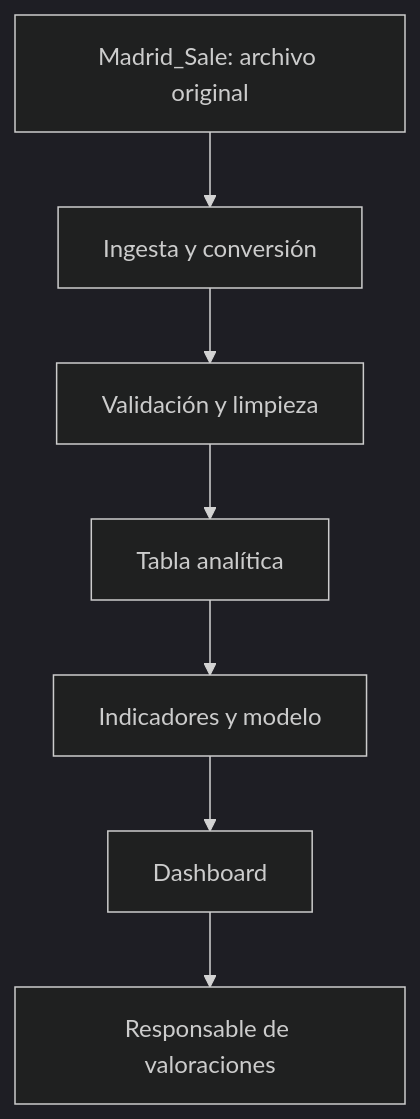
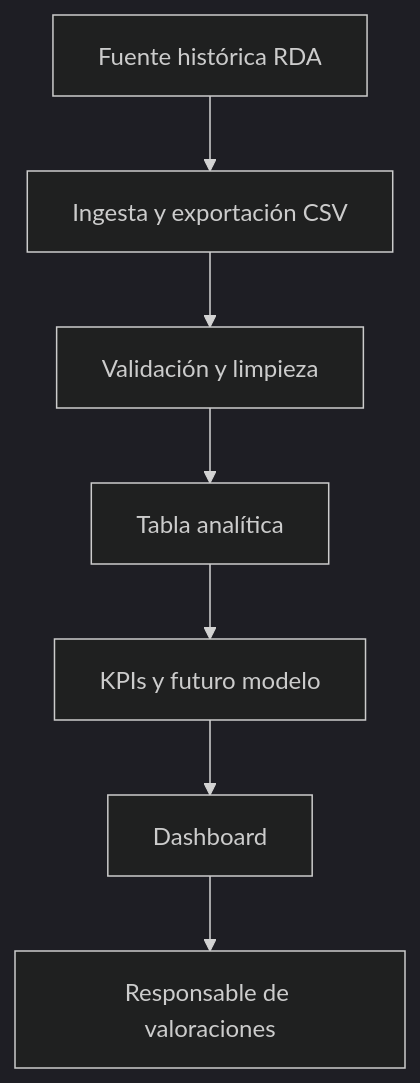
The diagram in project/project-brief.md (D-F-V/Project_brief), drawn with Mermaid (dark theme) before and after one commit. The commit also changed other lines of this file, not shown here.

````diff
--- a/project/project-brief.md
+++ b/project/project-brief.md
@@ -105,9 +85,9 @@
 ```mermaid
 flowchart TD
-    A["Madrid_Sale: archivo original"] --> B["Ingesta y conversión"]
+    A["Fuente histórica RDA"] --> B["Ingesta y exportación CSV"]
     B --> C["Validación y limpieza"]
     C --> D["Tabla analítica"]
-    D --> E["Indicadores y modelo"]
+    D --> E["KPIs y futuro modelo"]
     E --> F["Dashboard"]
     F --> G["Responsable de valoraciones"]
 ```
````
